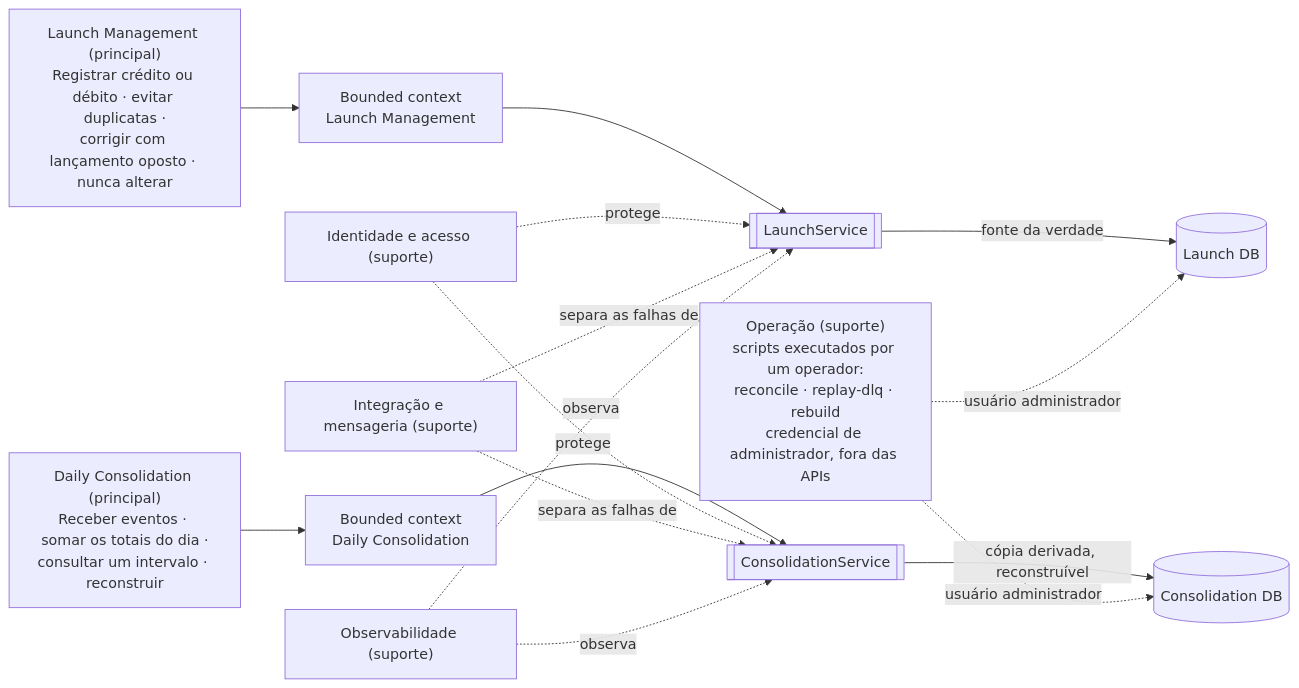
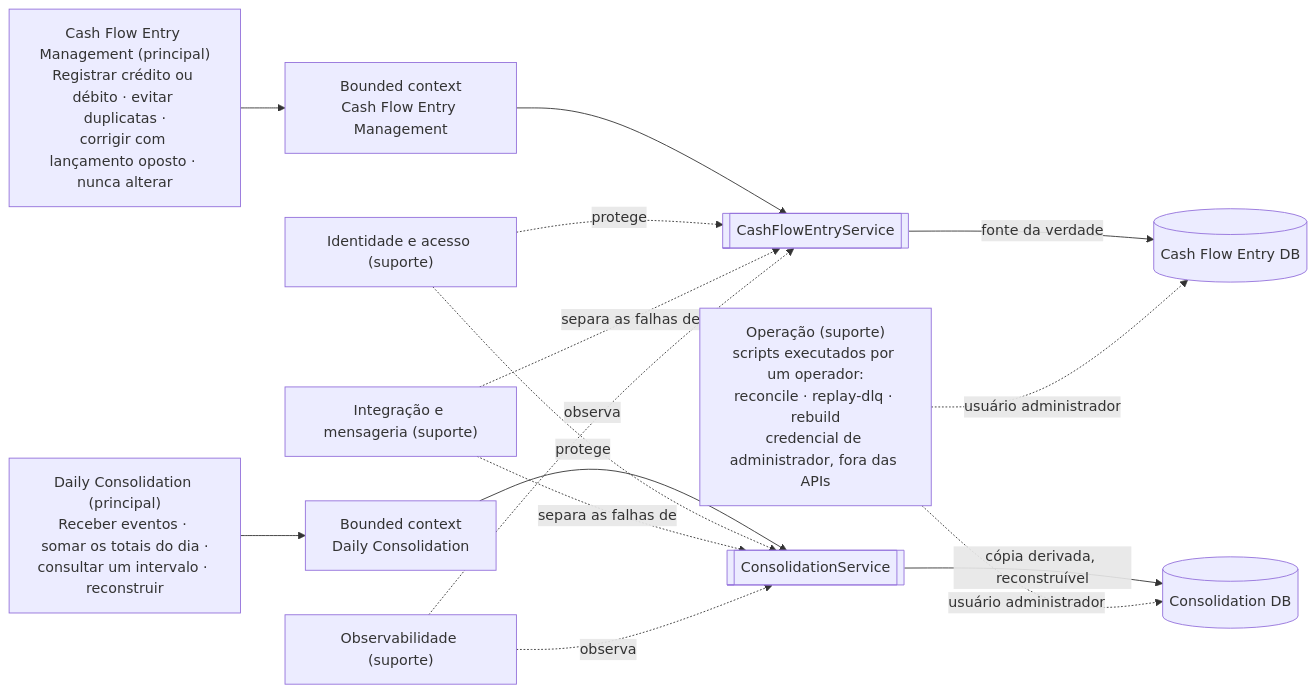
Before and after one commit to willianrattis/cashflow-daily-balance: the diagram in docs/02-capacidades-e-dominios.md, drawn with Mermaid. The commit also changed other lines of this file and 36 other files, not shown here.

Commit message:
docs: update cash flow entry terminology and evidence

````diff
--- a/docs/02-capacidades-e-dominios.md
+++ b/docs/02-capacidades-e-dominios.md
@@ -22,33 +22,33 @@
 ```mermaid
 flowchart LR
-    launchCap["Launch Management (principal)<br/>Registrar crédito ou débito · evitar duplicatas ·<br/>corrigir com lançamento oposto · nunca alterar"]
+    entryCap["Cash Flow Entry Management (principal)<br/>Registrar crédito ou débito · evitar duplicatas ·<br/>corrigir com lançamento oposto · nunca alterar"]
     consolidationCap["Daily Consolidation (principal)<br/>Receber eventos · somar os totais do dia ·<br/>consultar um intervalo · reconstruir"]
     identityCap["Identidade e acesso (suporte)"]
     integrationCap["Integração e mensageria (suporte)"]
     observabilityCap["Observabilidade (suporte)"]
     operationsCap["Operação (suporte)<br/>scripts executados por um operador:<br/>reconcile · replay-dlq · rebuild<br/>credencial de administrador, fora das APIs"]
 
-    launchBC["Bounded context<br/>Launch Management"]
+    entryBC["Bounded context<br/>Cash Flow Entry Management"]
     consolidationBC["Bounded context<br/>Daily Consolidation"]
 
-    launchSvc[["LaunchService"]]
+    entrySvc[["CashFlowEntryService"]]
     consolidationSvc[["ConsolidationService"]]
 
-    launchDb[("Launch DB")]
+    cashFlowEntryDb[("Cash Flow Entry DB")]
     consolidationDb[("Consolidation DB")]
 
-    launchCap --> launchBC --> launchSvc
+    entryCap --> entryBC --> entrySvc
     consolidationCap --> consolidationBC --> consolidationSvc
 
-    launchSvc -->|fonte da verdade| launchDb
+    entrySvc -->|fonte da verdade| cashFlowEntryDb
     consolidationSvc -->|cópia derivada, reconstruível| consolidationDb
 
-    identityCap -. protege .-> launchSvc
+    identityCap -. protege .-> entrySvc
     identityCap -. protege .-> consolidationSvc
-    integrationCap -. separa as falhas de .-> launchSvc
+    integrationCap -. separa as falhas de .-> entrySvc
     integrationCap -. separa as falhas de .-> consolidationSvc
-    observabilityCap -. observa .-> launchSvc
+    observabilityCap -. observa .-> entrySvc
     observabilityCap -. observa .-> consolidationSvc
-    operationsCap -. usuário administrador .-> launchDb
+    operationsCap -. usuário administrador .-> cashFlowEntryDb
     operationsCap -. usuário administrador .-> consolidationDb
 ```
````
